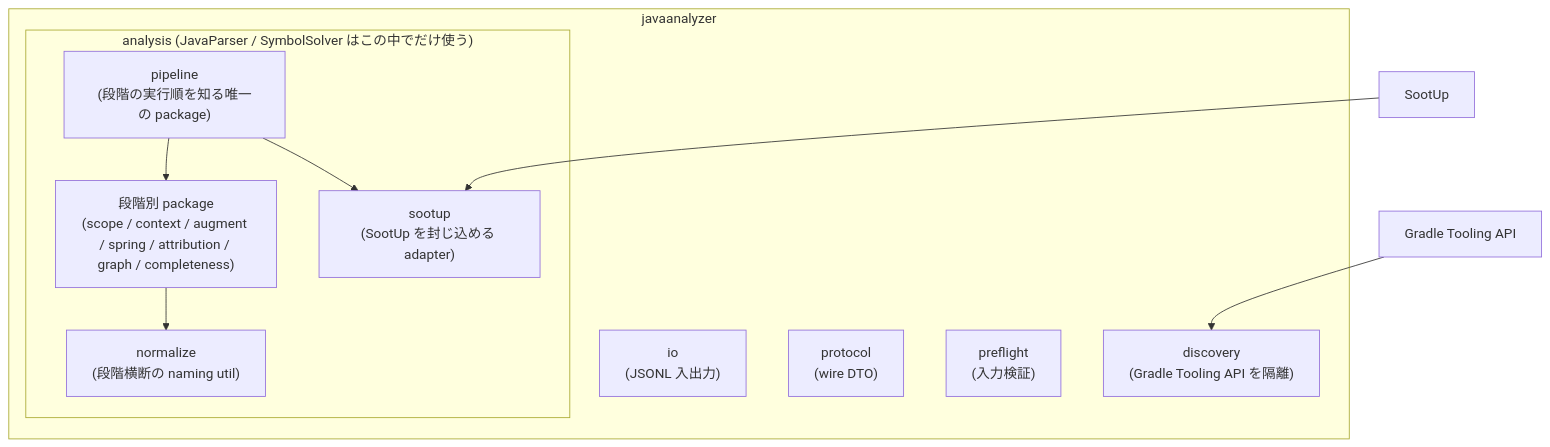
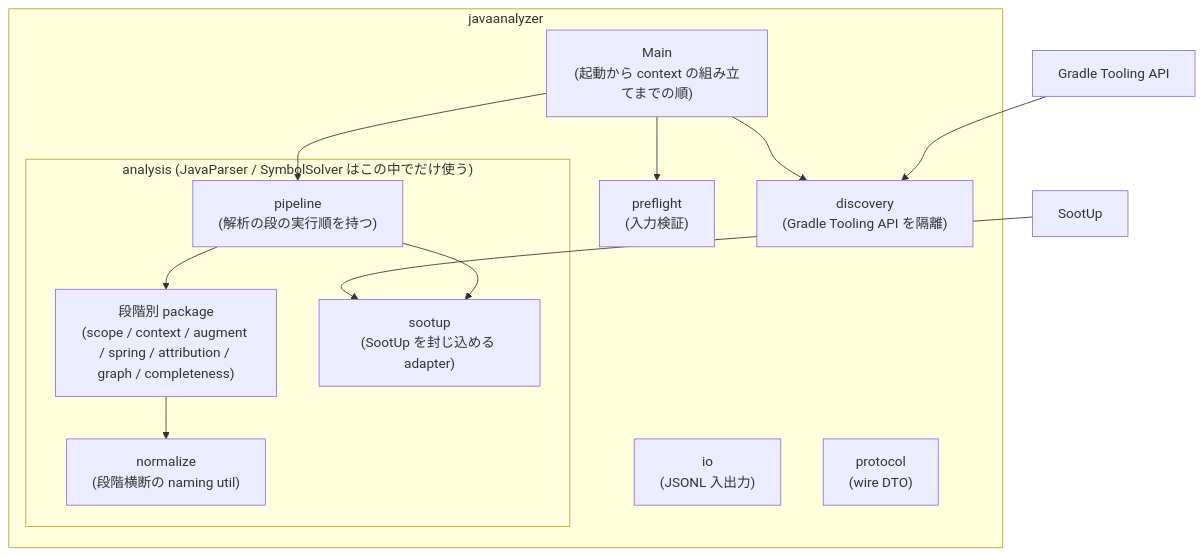
One commit to Fukuemon/depwalk changed the first of 3 diagrams in analyzers/java/DesignDoc.md. Above: the diagram before and after it, drawn with Mermaid. The commit also changed other lines of this file and 4 other files, not shown here.

````diff
--- a/analyzers/java/DesignDoc.md
+++ b/analyzers/java/DesignDoc.md
@@ -155,21 +155,25 @@
 ```mermaid
 flowchart TB
     subgraph ja["javaanalyzer"]
+        main["Main<br/>(起動から context の組み立てまでの順)"]
         io["io<br/>(JSONL 入出力)"]
         protocol["protocol<br/>(wire DTO)"]
         preflight["preflight<br/>(入力検証)"]
         discovery["discovery<br/>(Gradle Tooling API を隔離)"]
         subgraph analysis["analysis (JavaParser / SymbolSolver はこの中でだけ使う)"]
-            pipeline["pipeline<br/>(段階の実行順を知る唯一の package)"]
+            pipeline["pipeline<br/>(解析の段の実行順を持つ)"]
             stages["段階別 package<br/>(scope / context / augment / spring / attribution / graph / completeness)"]
             sootup["sootup<br/>(SootUp を封じ込める adapter)"]
             normalize["normalize<br/>(段階横断の naming util)"]
         end
     end
 
+    main --> preflight
+    main --> discovery
+    main --> pipeline
     GradleAPI["Gradle Tooling API"] --> discovery
     SootUpLib["SootUp"] --> sootup
     pipeline --> stages
     pipeline --> sootup
     stages --> normalize
 ```
````
